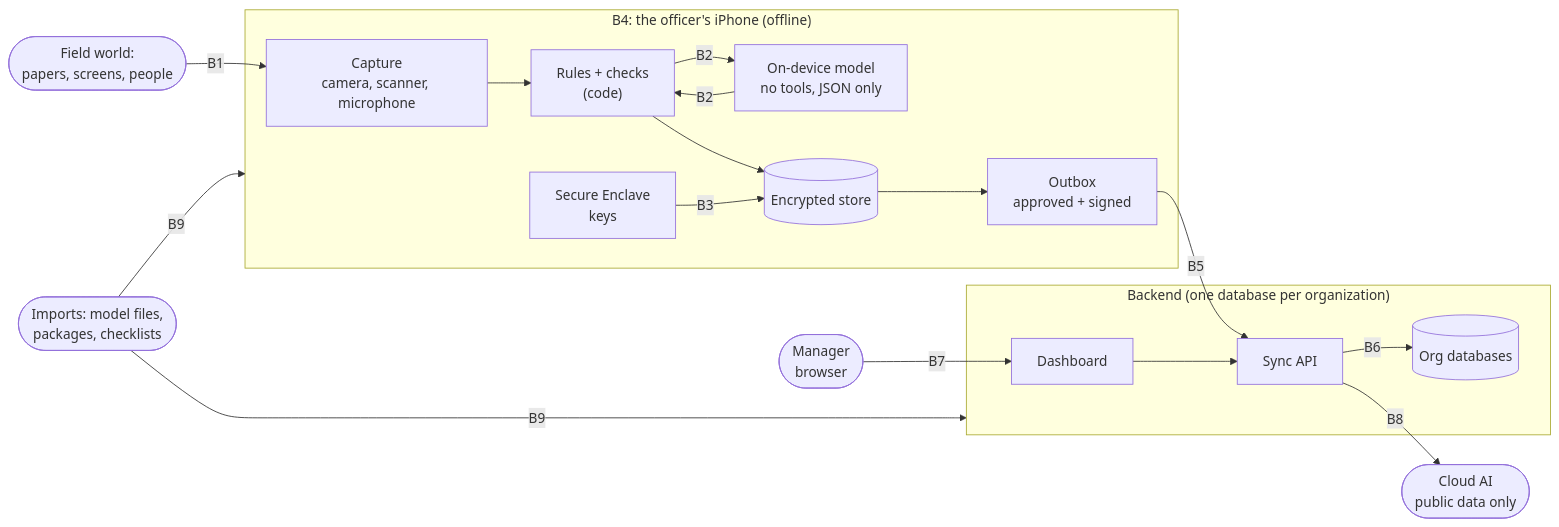
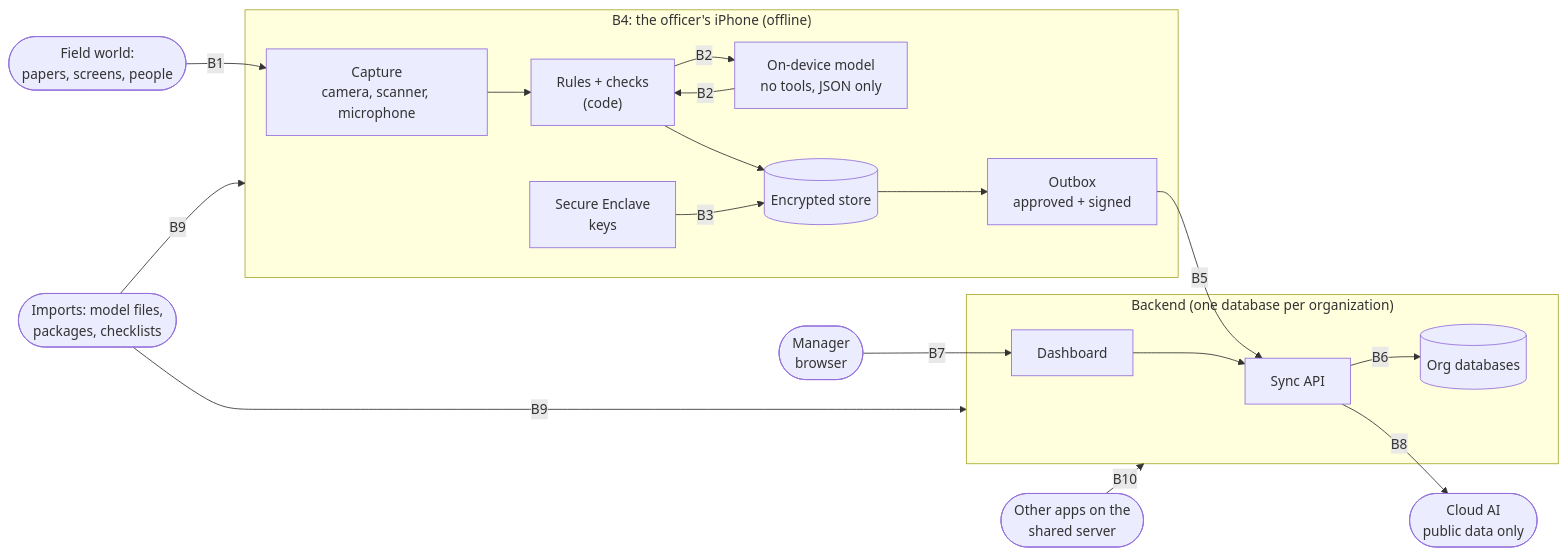
The diagram in docs/threat-model.md (lubobali/MissionCopilot-AI), drawn with Mermaid before and after one commit. The commit also changed other lines of this file and 6 other files, not shown here.

First line of the commit message:
Step 8 docs: the shared server in the threat model, MASVS, security and README (#103)

````diff
--- a/docs/threat-model.md
+++ b/docs/threat-model.md
@@ -22,31 +22,33 @@
 ```mermaid
 flowchart LR
     world(["Field world:<br/>papers, screens, people"])
     subgraph phone["B4: the officer's iPhone (offline)"]
         capture["Capture<br/>camera, scanner, microphone"]
         model["On-device model<br/>no tools, JSON only"]
         code["Rules + checks<br/>(code)"]
         store[("Encrypted store")]
         se["Secure Enclave<br/>keys"]
         outbox["Outbox<br/>approved + signed"]
     end
     subgraph server["Backend (one database per organization)"]
         api["Sync API"]
         orgdb[("Org databases")]
         dash["Dashboard"]
     end
     manager(["Manager<br/>browser"])
     cloud(["Cloud AI<br/>public data only"])
     imports(["Imports: model files,<br/>packages, checklists"])
+    neighbours(["Other apps on the<br/>shared server"])
 
     world -- B1 --> capture --> code
     code -- B2 --> model -- B2 --> code
     code --> store
     se -- B3 --> store
     store --> outbox -- B5 --> api
     api -- B6 --> orgdb
     manager -- B7 --> dash --> api
     api -- B8 --> cloud
     imports -- B9 --> phone
     imports -- B9 --> server
+    neighbours -- B10 --> server
 ```
````
